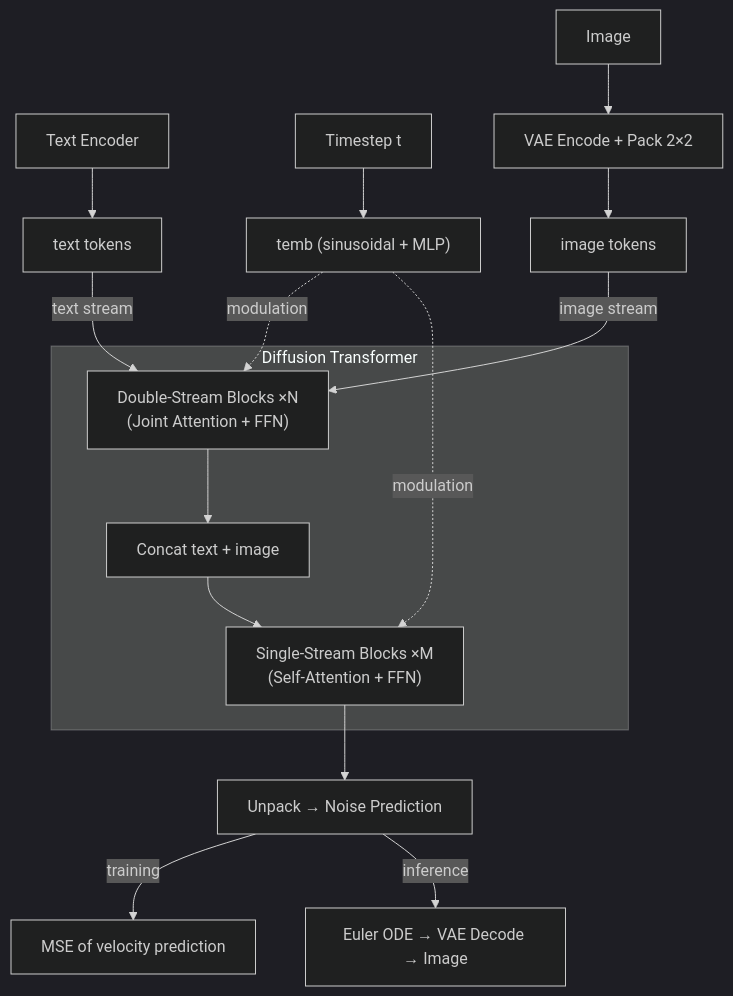
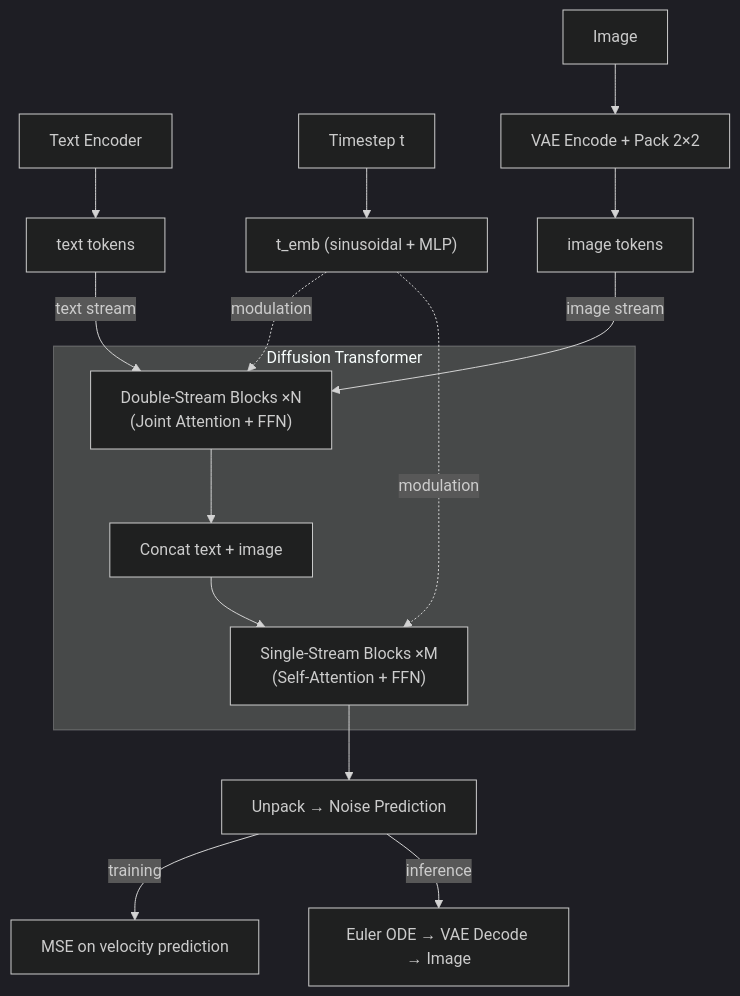
The diagram in README.md (purohit10saurabh/min-flux), drawn with Mermaid (dark theme) before and after one commit. The commit also changed other lines of this file and 2 other files, not shown here.

````diff
--- a/README.md
+++ b/README.md
@@ -24,22 +24,22 @@
 ```mermaid
 flowchart TD
     TE["Text Encoder"] --> TextTok["text tokens"]
-    TS["Timestep t"] --> Temb["temb (sinusoidal + MLP)"]
+    TS["Timestep t"] --> Temb["t_emb (sinusoidal + MLP)"]
     Pixels["Image"] --> VAE["VAE Encode + Pack 2×2"] --> ImgTok["image tokens"]
 
     TextTok -->|"text stream"| DoubleBlocks
     ImgTok -->|"image stream"| DoubleBlocks
     Temb -.->|"modulation"| DoubleBlocks
     Temb -.->|"modulation"| SingleBlocks
 
     subgraph dit ["Diffusion Transformer"]
         DoubleBlocks["Double-Stream Blocks ×N<br/>(Joint Attention + FFN)"]
         Cat["Concat text + image"]
         SingleBlocks["Single-Stream Blocks ×M<br/>(Self-Attention + FFN)"]
         DoubleBlocks --> Cat --> SingleBlocks
     end
 
     SingleBlocks --> Unpack["Unpack → Noise Prediction"]
-    Unpack -->|"training"| Loss["MSE of velocity prediction"]
+    Unpack -->|"training"| Loss["MSE on velocity prediction"]
     Unpack -->|"inference"| Euler["Euler ODE → VAE Decode → Image"]
 ```
````
